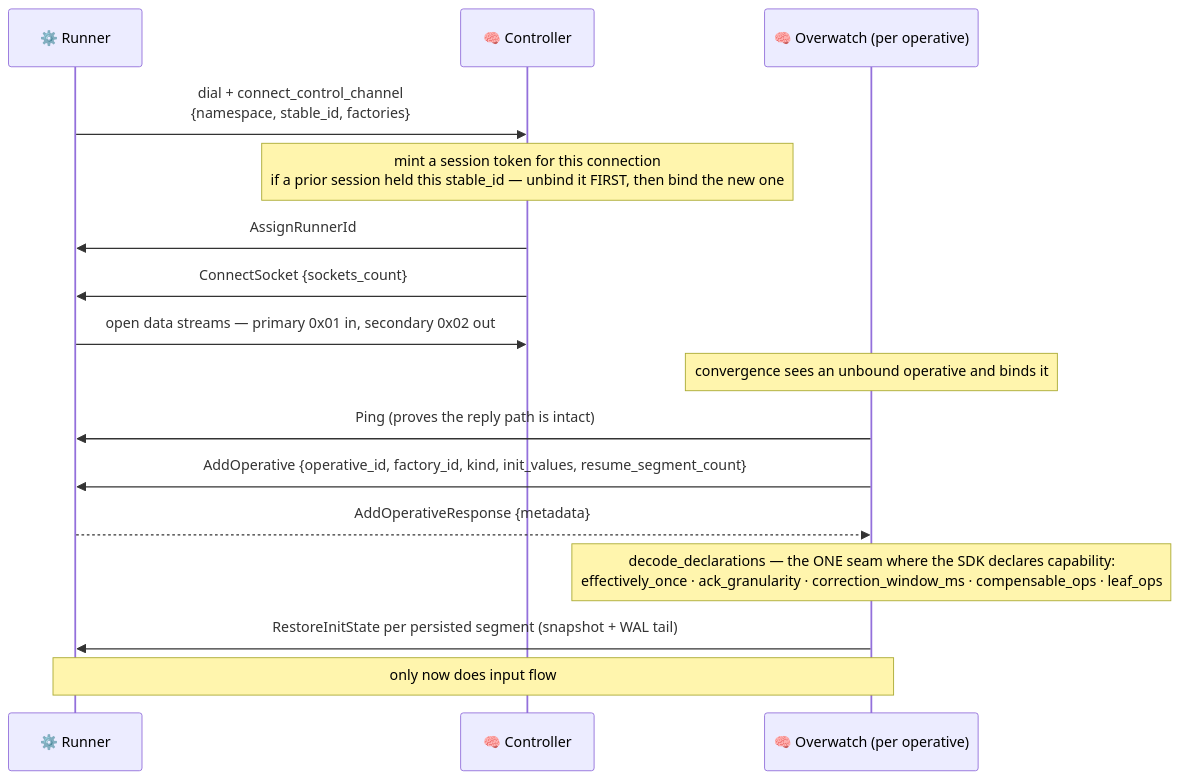
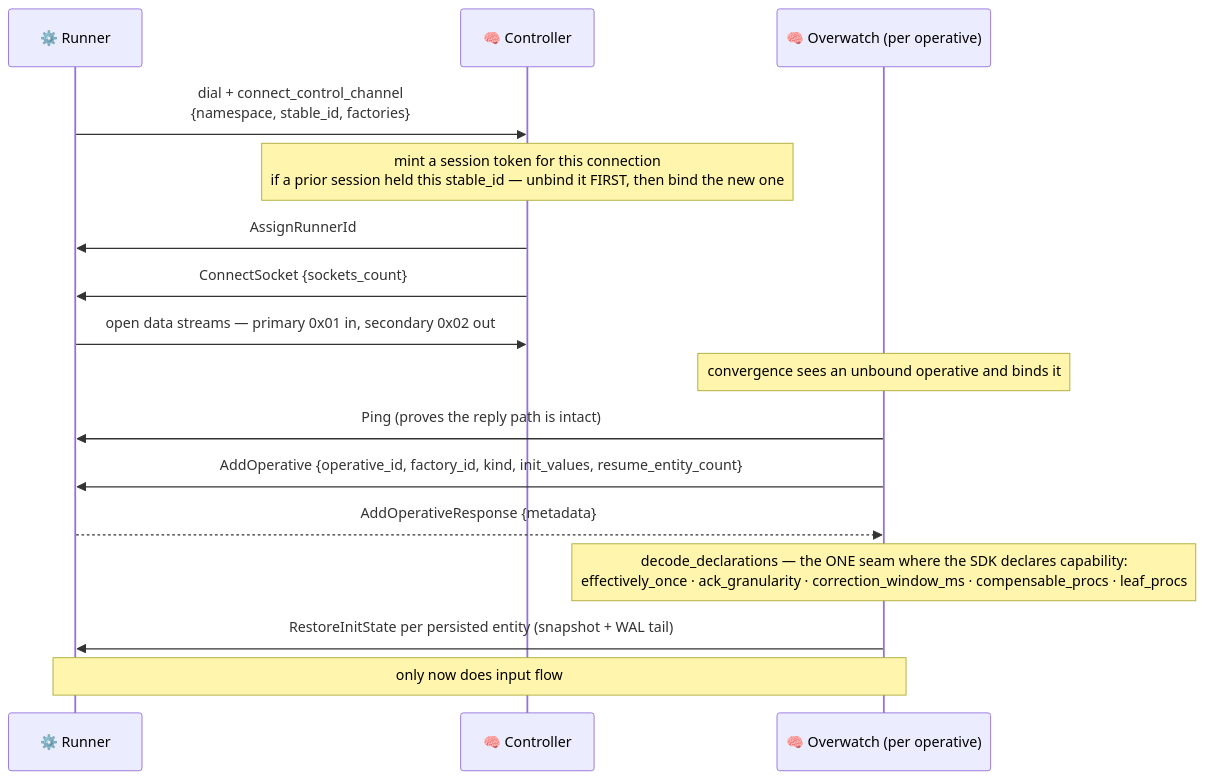
Before and after one commit to Flezha/flezha: the seventh of 9 diagrams in docs/architecture/README.md, drawn with Mermaid. The commit also changed other lines of this file and 658 other files, not shown here.

````diff
--- a/docs/architecture/README.md
+++ b/docs/architecture/README.md
@@ -305,20 +376,20 @@
 ```mermaid
 sequenceDiagram
     participant EX as ⚙️ Runner
     participant CTRL as 🧠 Controller
     participant OW as 🧠 Overwatch (per operative)
 
     EX->>CTRL: dial + connect_control_channel<br/>{namespace, stable_id, factories}
     Note over CTRL: mint a session token for this connection<br/>if a prior session held this stable_id — unbind it FIRST, then bind the new one
     CTRL->>EX: AssignRunnerId
     CTRL->>EX: ConnectSocket {sockets_count}
     EX->>CTRL: open data streams — primary 0x01 in, secondary 0x02 out
 
     Note over OW: convergence sees an unbound operative and binds it
     OW->>EX: Ping (proves the reply path is intact)
-    OW->>EX: AddOperative {operative_id, factory_id, kind, init_values, resume_segment_count}
+    OW->>EX: AddOperative {operative_id, factory_id, kind, init_values, resume_entity_count}
     EX-->>OW: AddOperativeResponse {metadata}
-    Note over OW: decode_declarations — the ONE seam where the SDK declares capability:<br/>effectively_once · ack_granularity · correction_window_ms · compensable_ops · leaf_ops
-    OW->>EX: RestoreInitState per persisted segment (snapshot + WAL tail)
+    Note over OW: decode_declarations — the ONE seam where the SDK declares capability:<br/>effectively_once · ack_granularity · correction_window_ms · compensable_procs · leaf_procs
+    OW->>EX: RestoreInitState per persisted entity (snapshot + WAL tail)
     Note over OW,EX: only now does input flow
 ```
````
